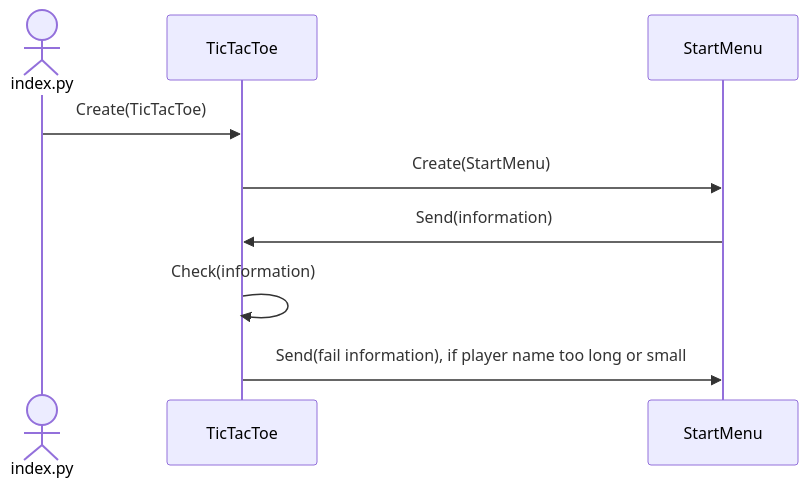
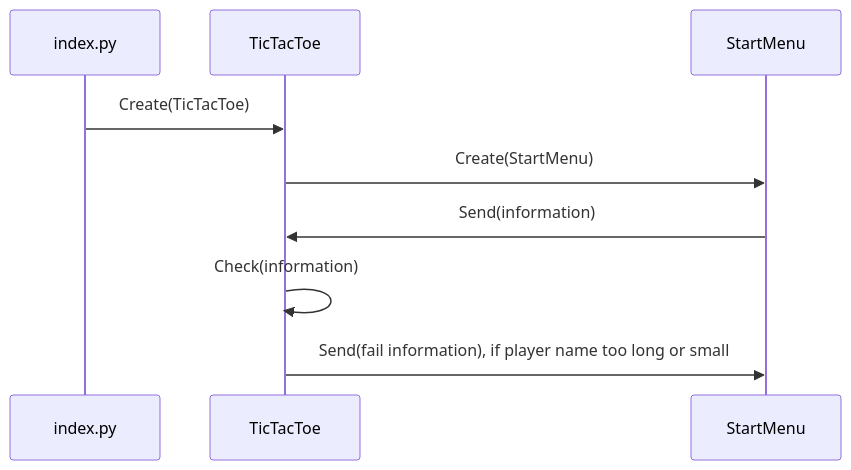
The second of 2 diagrams in maarittelydokumentti/arkkitehtuuri.md (TatuSorjonen/ot-harjoitustyo), drawn with Mermaid before and after one commit.

````diff
--- a/maarittelydokumentti/arkkitehtuuri.md
+++ b/maarittelydokumentti/arkkitehtuuri.md
@@ -92,11 +92,11 @@
 ```mermaid
 sequenceDiagram
-  actor index.py
+  participant index.py
   participant TicTacToe
   participant StartMenu
   index.py->> TicTacToe: Create(TicTacToe)
   TicTacToe->> StartMenu: Create(StartMenu)
   StartMenu->> TicTacToe: Send(information)
   TicTacToe->> TicTacToe: Check(information)
   TicTacToe->> StartMenu: Send(fail information), if player name too long or small
 ```
````
